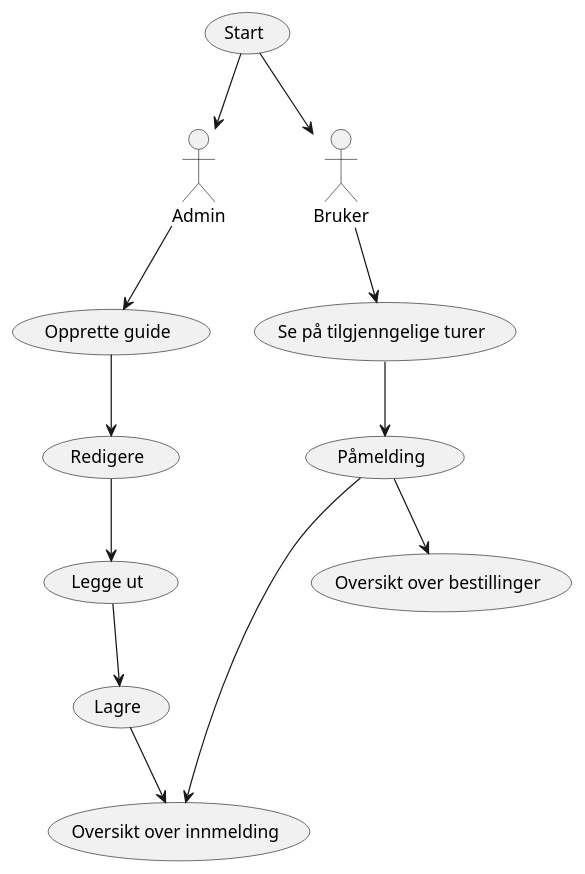
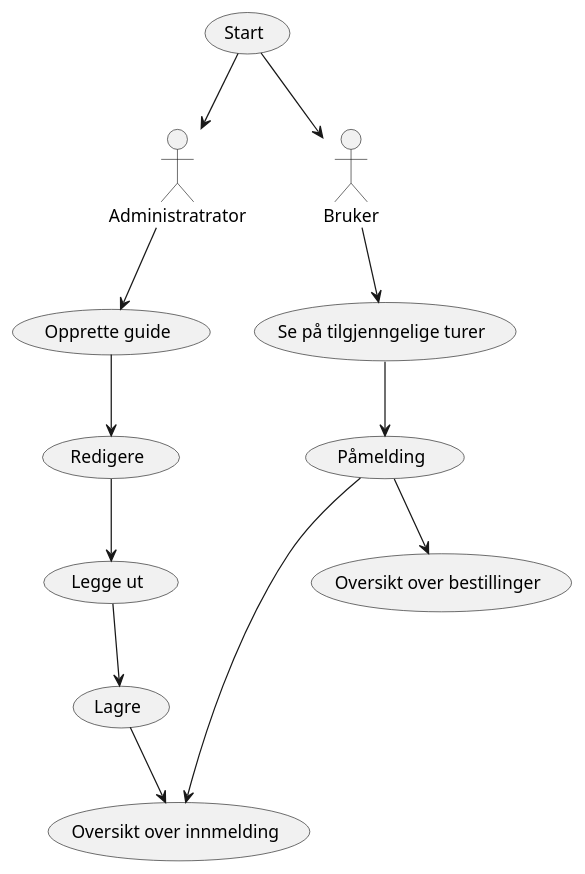
Before and after one commit to khadijo/Group18.YourGuide.Prototype: the diagram in use-case_diagram.puml, drawn with PlantUML.

Commit message:
The first Use Case diagram illustrating the main functionality of our application.

```diff
--- a/use-case_diagram.puml
+++ b/use-case_diagram.puml
@@ -1,22 +1,22 @@
 @startuml
 'https://plantuml.com/use-case-diagram
 
-:Admin: as Admin
+:Administratrator: as Admin
 :Bruker:  as Bruker
 
 (Start) --> (Admin)
 (Start) --> (Bruker)
 
 (Admin) --> (Opprette guide)
 (Opprette guide) --> (Redigere)
 (Redigere) --> (Legge ut)
 (Legge ut) --> (Lagre)
 (Lagre) --> (Oversikt over innmelding)
 
 (Bruker) --> (Se på tilgjenngelige turer)
 (Se på tilgjenngelige turer) --> (Påmelding)
 (Påmelding) --> (Oversikt over innmelding)
 (Påmelding) --> (Oversikt over bestillinger)
 
 
 @enduml
```
